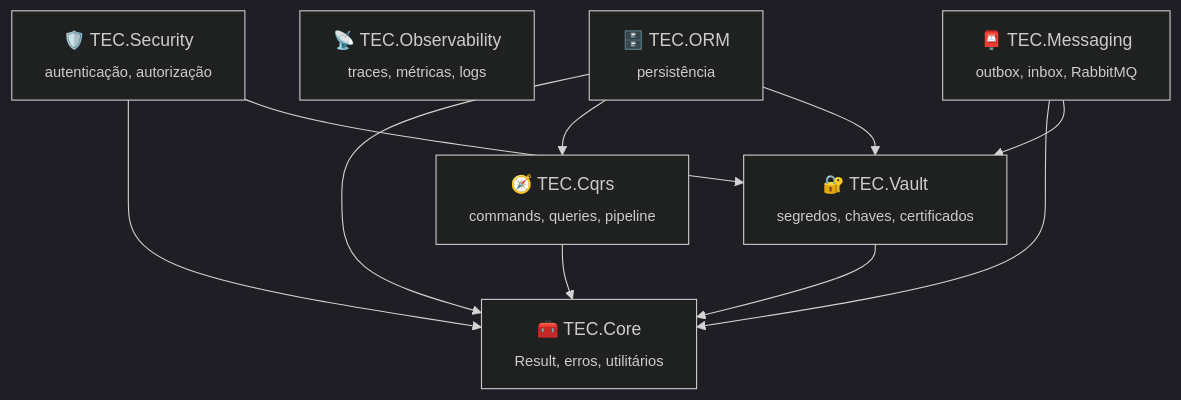
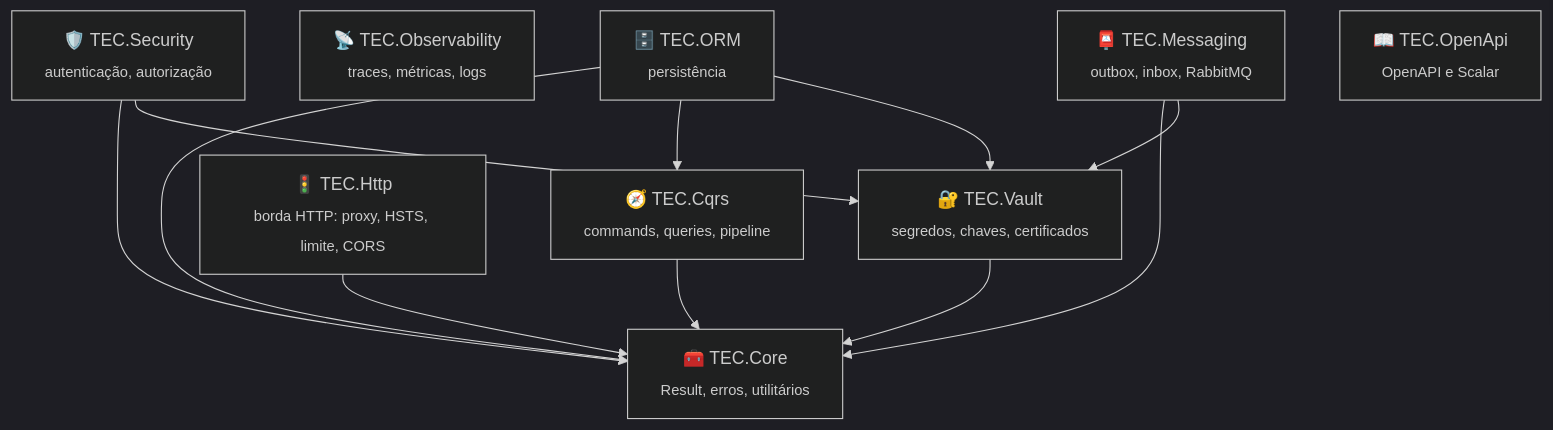
Before and after one commit to tudoemcodigo/tec-workflows: the diagram in docs/padroes.md, drawn with Mermaid (dark theme). The commit also changed other lines of this file and 16 other files, not shown here.

````diff
--- a/docs/padroes.md
+++ b/docs/padroes.md
@@ -27,19 +27,22 @@
 ```mermaid
 flowchart TB
     Core["🧰 TEC.Core<br/><sub>Result, erros, utilitários</sub>"]
     Vault["🔐 TEC.Vault<br/><sub>segredos, chaves, certificados</sub>"]
     Cqrs["🧭 TEC.Cqrs<br/><sub>commands, queries, pipeline</sub>"]
     Sec["🛡️ TEC.Security<br/><sub>autenticação, autorização</sub>"]
     Obs["📡 TEC.Observability<br/><sub>traces, métricas, logs</sub>"]
     Orm["🗄️ TEC.ORM<br/><sub>persistência</sub>"]
     Msg["📮 TEC.Messaging<br/><sub>outbox, inbox, RabbitMQ</sub>"]
+    Http["🚦 TEC.Http<br/><sub>borda HTTP: proxy, HSTS, limite, CORS</sub>"]
+    OpenApi["📖 TEC.OpenApi<br/><sub>OpenAPI e Scalar</sub>"]
+    Http --> Core
     Vault --> Core
     Cqrs --> Core
     Sec --> Core
     Sec --> Vault
     Orm --> Core
     Orm --> Cqrs
     Orm --> Vault
     Msg --> Core
     Msg --> Vault
 ```
````
